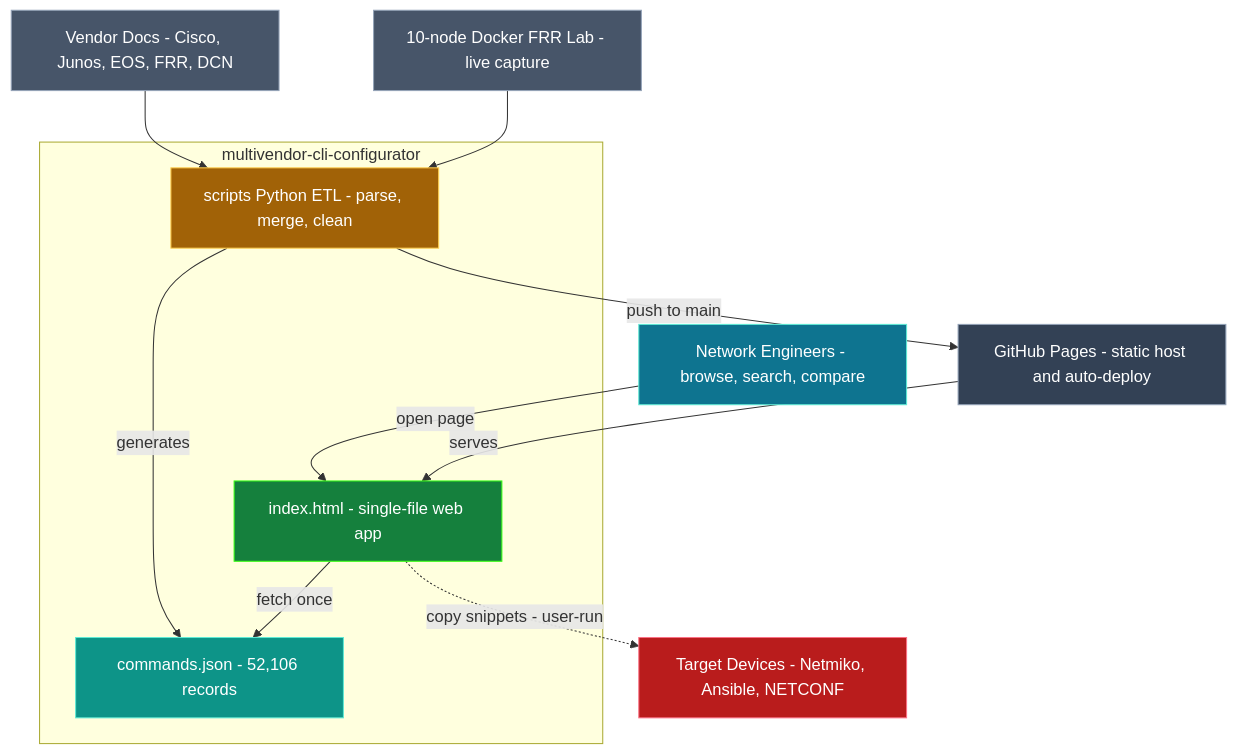
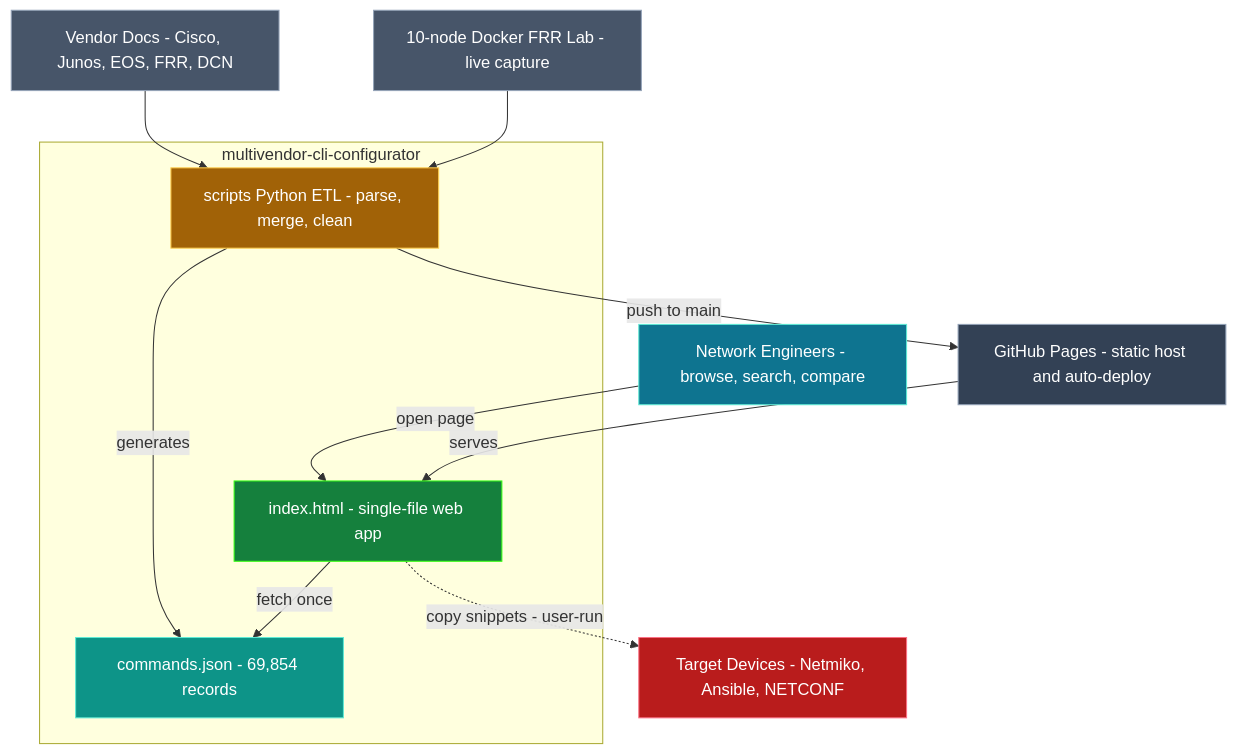
One commit to gesh75/multivendor-cli-configurator changed the first of 6 diagrams in docs/ARCHITECTURE.md. Above: the diagram before and after it, drawn with Mermaid. The commit also changed other lines of this file and 3 other files, not shown here.

````diff
--- a/docs/ARCHITECTURE.md
+++ b/docs/ARCHITECTURE.md
@@ -40,32 +40,32 @@
 ```mermaid
 flowchart TB
     eng["Network Engineers - browse, search, compare"]:::actor
     docs["Vendor Docs - Cisco, Junos, EOS, FRR, DCN"]:::source
     lab["10-node Docker FRR Lab - live capture"]:::source
 
     subgraph SYS["multivendor-cli-configurator"]
       app["index.html - single-file web app"]:::core
-      data["commands.json - 52,106 records"]:::store
+      data["commands.json - 69,854 records"]:::store
       pipe["scripts Python ETL - parse, merge, clean"]:::build
     end
 
     pages["GitHub Pages - static host and auto-deploy"]:::ext
     devices["Target Devices - Netmiko, Ansible, NETCONF"]:::target
 
     eng -->|"open page"| app
     app -->|"fetch once"| data
     docs --> pipe
     lab --> pipe
     pipe -->|"generates"| data
     pipe -->|"push to main"| pages
     pages -->|"serves"| app
     app -.->|"copy snippets - user-run"| devices
 
     classDef actor  fill:#0e7490,stroke:#5eead4,color:#fff
     classDef source fill:#475569,stroke:#94a3b8,color:#fff
     classDef core   fill:#15803d,stroke:#39ff14,color:#fff
     classDef store  fill:#0d9488,stroke:#5eead4,color:#fff
     classDef build  fill:#a16207,stroke:#ffd152,color:#fff
     classDef ext    fill:#334155,stroke:#94a3b8,color:#fff
     classDef target fill:#b91c1c,stroke:#fb7185,color:#fff
 ```
````
